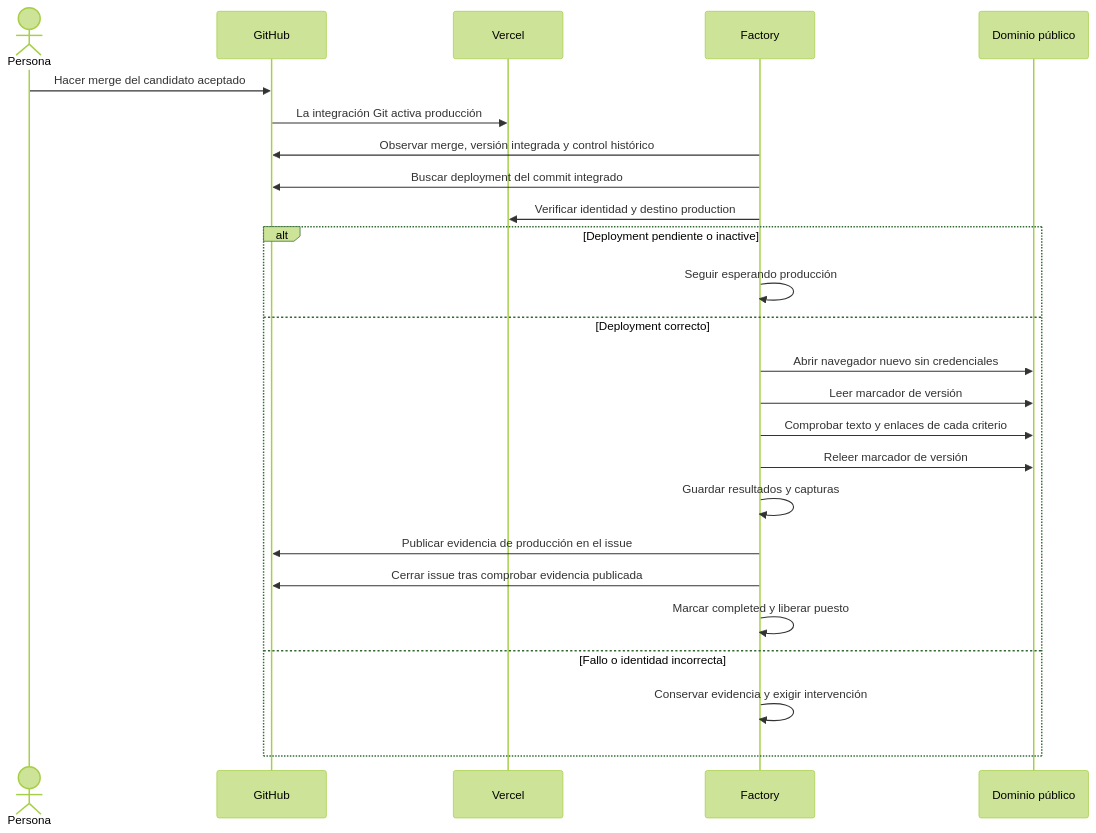
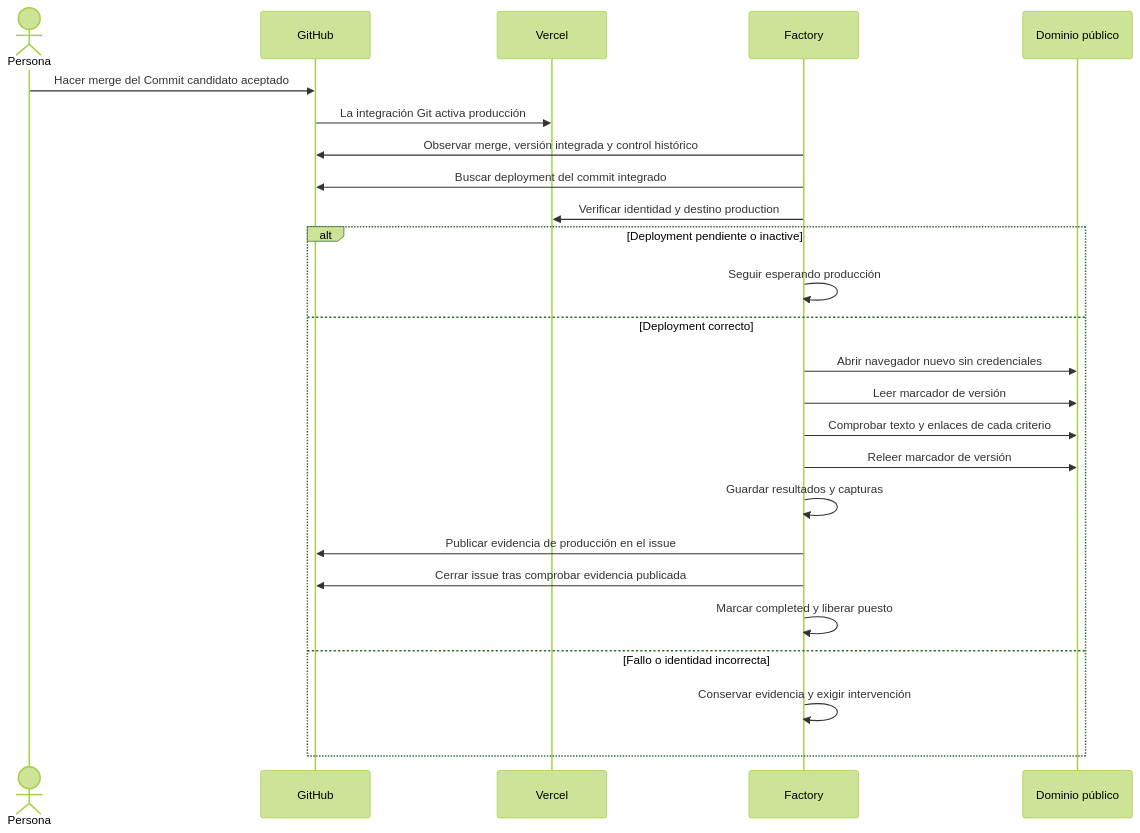
One commit to rubenbp/app-foundry changed the second of 3 diagrams in docs/manual/04-produccion-y-cierre.md. Above: the diagram before and after it, drawn with Mermaid (forest theme). The commit also changed other lines of this file and 35 other files, not shown here.

Commit message:
Ajusta términos de issue y commit candidato

````diff
--- a/docs/manual/04-produccion-y-cierre.md
+++ b/docs/manual/04-produccion-y-cierre.md
@@ -27,27 +27,27 @@
 ```mermaid
 sequenceDiagram
     actor H as Persona
     participant G as GitHub
     participant V as Vercel
     participant F as Factory
     participant P as Dominio público
-    H->>G: Hacer merge del candidato aceptado
+    H->>G: Hacer merge del Commit candidato aceptado
     G->>V: La integración Git activa producción
     F->>G: Observar merge, versión integrada y control histórico
     F->>G: Buscar deployment del commit integrado
     F->>V: Verificar identidad y destino production
     alt Deployment pendiente o inactive
         F->>F: Seguir esperando producción
     else Deployment correcto
         F->>P: Abrir navegador nuevo sin credenciales
         F->>P: Leer marcador de versión
         F->>P: Comprobar texto y enlaces de cada criterio
         F->>P: Releer marcador de versión
         F->>F: Guardar resultados y capturas
         F->>G: Publicar evidencia de producción en el issue
         F->>G: Cerrar issue tras comprobar evidencia publicada
         F->>F: Marcar completed y liberar puesto
     else Fallo o identidad incorrecta
         F->>F: Conservar evidencia y exigir intervención
     end
 ```
````
